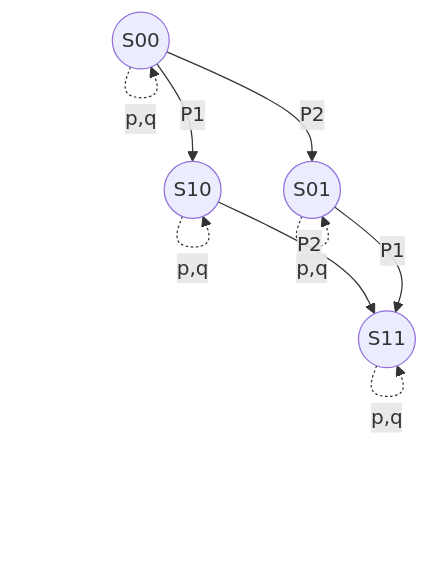
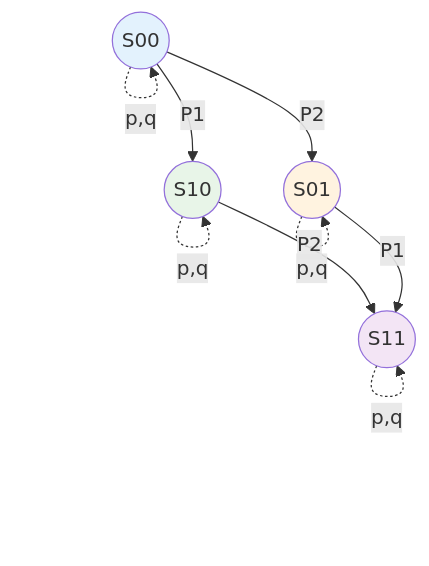
The fifth of 9 diagrams in analysis/1-形式化理论/1.3-时序逻辑与控制/1.3.6-图表与多表征.md (AdaMartin18010/Lean), drawn with Mermaid before and after one commit. The commit also changed other lines of this file and 24 other files, not shown here.

````diff
--- a/analysis/1-形式化理论/1.3-时序逻辑与控制/1.3.6-图表与多表征.md
+++ b/analysis/1-形式化理论/1.3-时序逻辑与控制/1.3.6-图表与多表征.md
@@ -70,12 +233,17 @@
 ```mermaid
 graph TD
   S00((S00)) -->|P1| S10((S10))
   S00 -->|P2| S01((S01))
   S10 -->|P2| S11((S11))
   S01 -->|P1| S11
   
   S00 -.->|p,q| S00
   S10 -.->|p,q| S10
   S01 -.->|p,q| S01
   S11 -.->|p,q| S11
+  
+  style S00 fill:#e3f2fd
+  style S10 fill:#e8f5e8
+  style S01 fill:#fff3e0
+  style S11 fill:#f3e5f5
 ```
````
